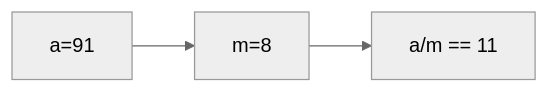
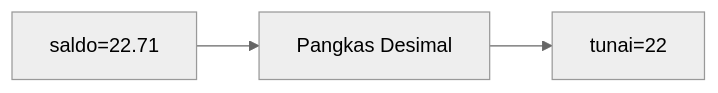
Diagram 14 of 25 in part-c-pemahaman-cpp/01-tipe-data/latihan/set-01.md (amnahwaida/OSNK_INF_PREP), drawn with Mermaid (neutral theme) before and after one commit. The commit also changed other lines of this file and 71 other files, not shown here.

````diff
--- a/part-c-pemahaman-cpp/01-tipe-data/latihan/set-01.md
+++ b/part-c-pemahaman-cpp/01-tipe-data/latihan/set-01.md
@@ -375,5 +393,5 @@
 ```mermaid
 graph LR
-A["a=91"] --> B["m=8"]
-B --> C["a/m == 11"]
+A["saldo=22.71"] --> B["Pangkas Desimal"]
+B --> C["tunai=22"]
 ```
````
